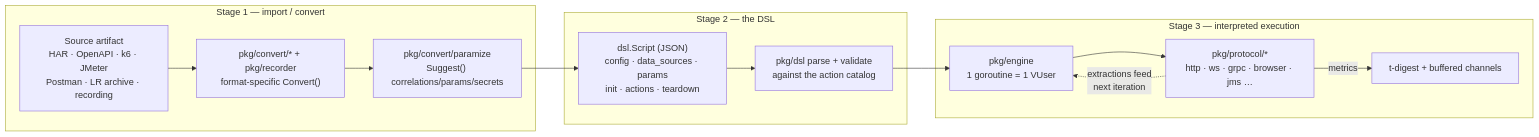
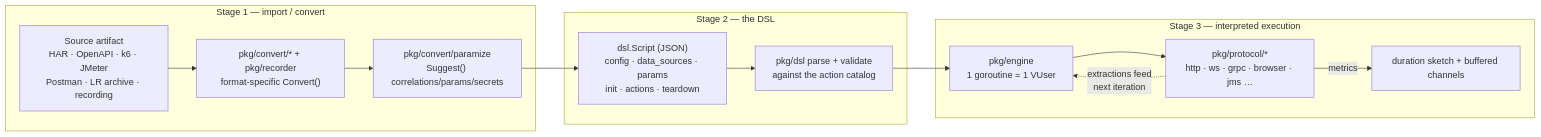
The first of 4 diagrams in docs/SCRIPT_LIFECYCLE.md (JasonCzech/APEX_Load), drawn with Mermaid before and after one commit. The commit also changed other lines of this file and 131 other files, not shown here.

````diff
--- a/docs/SCRIPT_LIFECYCLE.md
+++ b/docs/SCRIPT_LIFECYCLE.md
@@ -29,21 +29,21 @@
 ```mermaid
 flowchart LR
     subgraph S1["Stage 1 — import / convert"]
         SRC["Source artifact<br/>HAR · OpenAPI · k6 · JMeter<br/>Postman · LR archive · recording"]
         CONV["pkg/convert/* + pkg/recorder<br/>format-specific Convert()"]
         PARAM["pkg/convert/paramize<br/>Suggest() correlations/params/secrets"]
         SRC --> CONV --> PARAM
     end
     subgraph S2["Stage 2 — the DSL"]
         DSL["dsl.Script (JSON)<br/>config · data_sources · params<br/>init · actions · teardown"]
         VAL["pkg/dsl parse + validate<br/>against the action catalog"]
         PARAM --> DSL --> VAL
     end
     subgraph S3["Stage 3 — interpreted execution"]
         ENG["pkg/engine<br/>1 goroutine = 1 VUser"]
         PROTO["pkg/protocol/*<br/>http · ws · grpc · browser · jms …"]
         VAL --> ENG --> PROTO
-        PROTO -->|metrics| MET["t-digest + buffered channels"]
+        PROTO -->|metrics| MET["duration sketch + buffered channels"]
     end
     PROTO -.->|"extractions feed<br/>next iteration"| ENG
 ```
````
